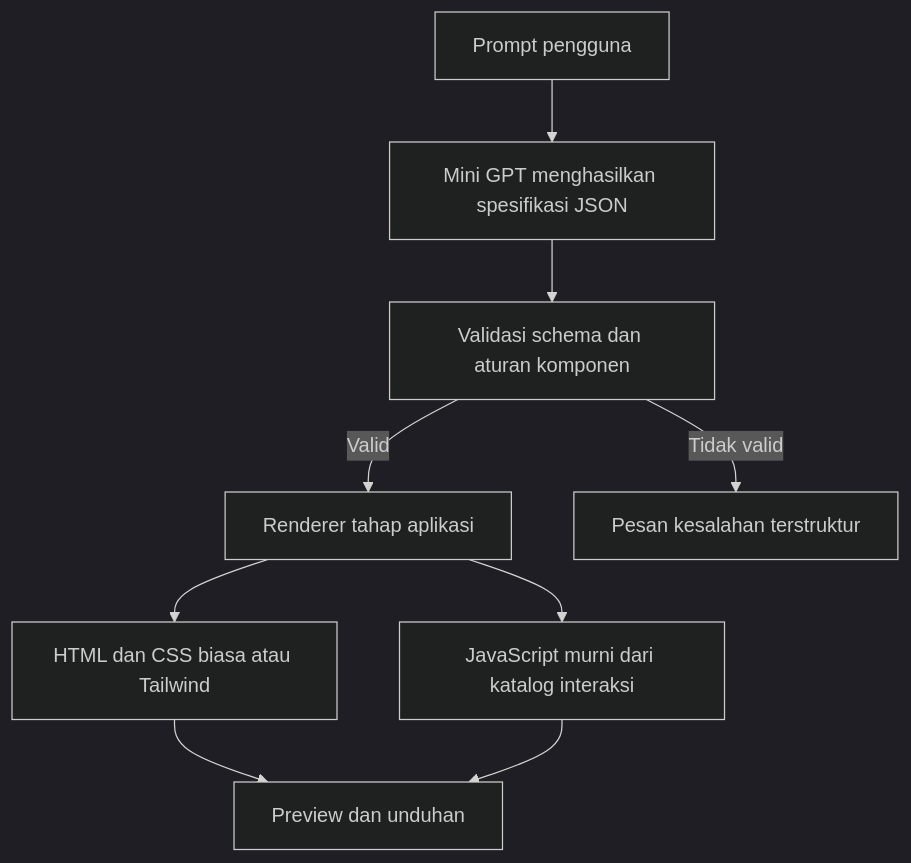
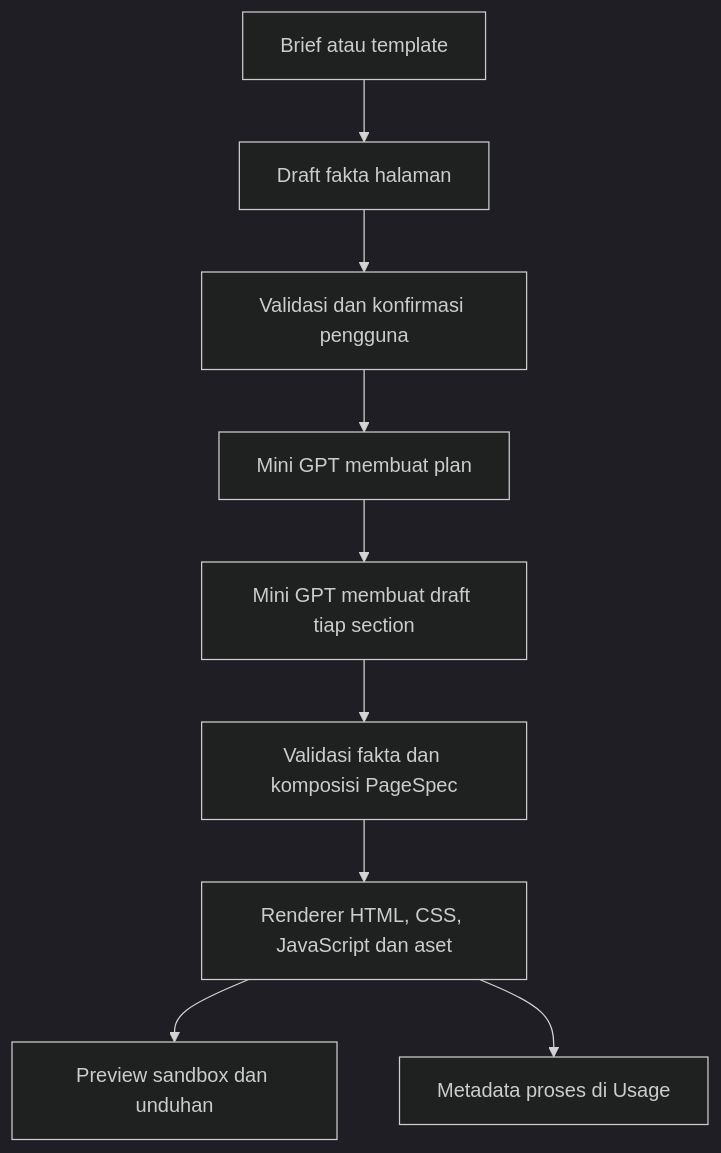
One commit to baysatriow/mini-gpt-webcodegen changed the diagram in README.md. Above: the diagram before and after it, drawn with Mermaid (dark theme). The commit also changed other lines of this file and 9 other files, not shown here.

````diff
--- a/README.md
+++ b/README.md
@@ -79,11 +34,11 @@
-```mermaid
+~~~mermaid
 flowchart TD
-    A[Prompt pengguna] --> B[Mini GPT menghasilkan spesifikasi JSON]
-    B --> C[Validasi schema dan aturan komponen]
-    C -->|Valid| D[Renderer tahap aplikasi]
-    C -->|Tidak valid| E[Pesan kesalahan terstruktur]
-    D --> F[HTML dan CSS biasa atau Tailwind]
-    D --> G[JavaScript murni dari katalog interaksi]
-    F --> H[Preview dan unduhan]
-    G --> H
-```
+    A[Brief atau template] --> B[Draft fakta halaman]
+    B --> C[Validasi dan konfirmasi pengguna]
+    C --> D[Mini GPT membuat plan]
+    D --> E[Mini GPT membuat draft tiap section]
+    E --> F[Validasi fakta dan komposisi PageSpec]
+    F --> G[Renderer HTML, CSS, JavaScript dan aset]
+    G --> H[Preview sandbox dan unduhan]
+    G --> I[Metadata proses di Usage]
+~~~
````
